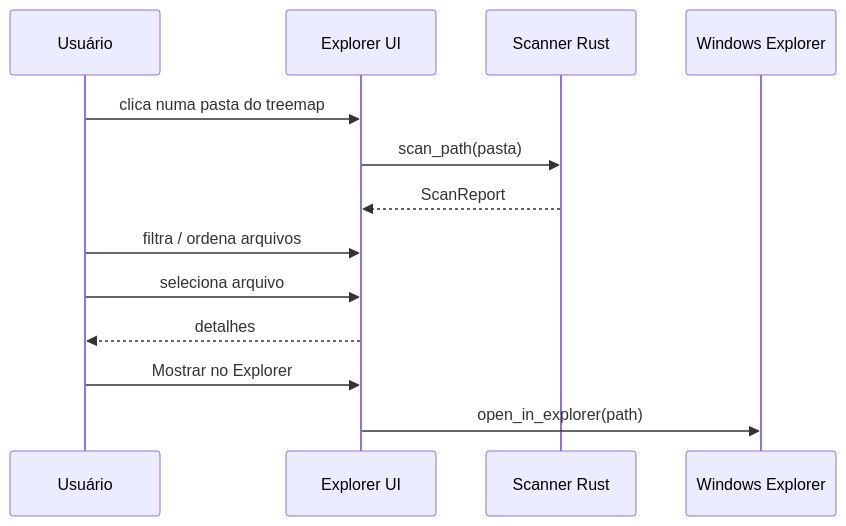
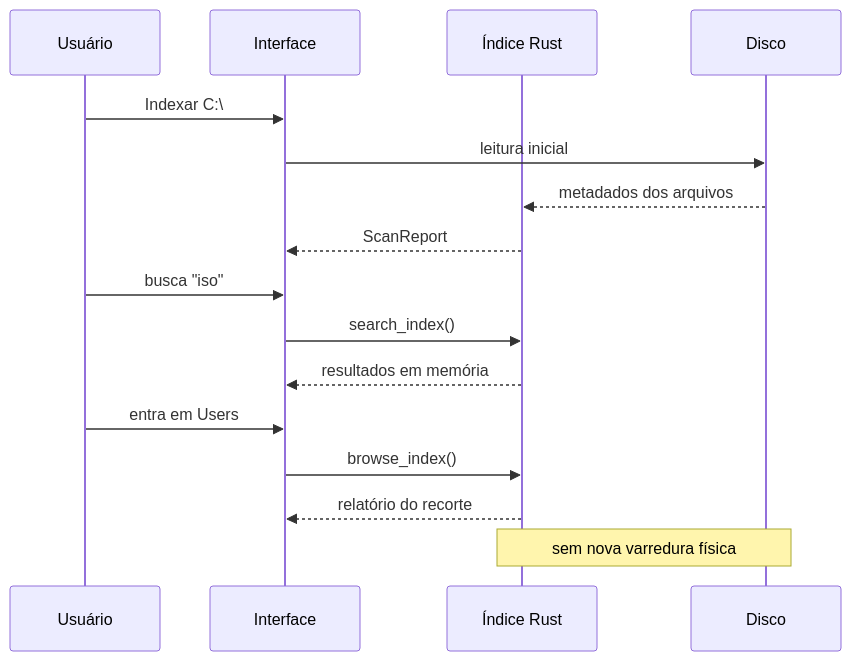
One commit to tombemol/L.I.V.I.A changed the second of 3 diagrams in README.md. Above: the diagram before and after it, drawn with Mermaid. The commit also changed other lines of this file and 8 other files, not shown here.

First line of the commit message:
feat: release L.I.V.I.A. v0.2.1 Index & Search

````diff
--- a/README.md
+++ b/README.md
@@ -86,16 +95,19 @@
 ```mermaid
 sequenceDiagram
     participant U as Usuário
-    participant UI as Explorer UI
-    participant R as Scanner Rust
-    participant W as Windows Explorer
+    participant UI as Interface
+    participant I as Índice Rust
+    participant FS as Disco
 
-    U->>UI: clica numa pasta do treemap
-    UI->>R: scan_path(pasta)
-    R-->>UI: ScanReport
-    U->>UI: filtra / ordena arquivos
-    U->>UI: seleciona arquivo
-    UI-->>U: detalhes
-    U->>UI: Mostrar no Explorer
-    UI->>W: open_in_explorer(path)
+    U->>UI: Indexar C:\
+    UI->>FS: leitura inicial
+    FS-->>I: metadados dos arquivos
+    I-->>UI: ScanReport
+    U->>UI: busca "iso"
+    UI->>I: search_index()
+    I-->>UI: resultados em memória
+    U->>UI: entra em Users
+    UI->>I: browse_index()
+    I-->>UI: relatório do recorte
+    Note over I,FS: sem nova varredura física
 ```
````
